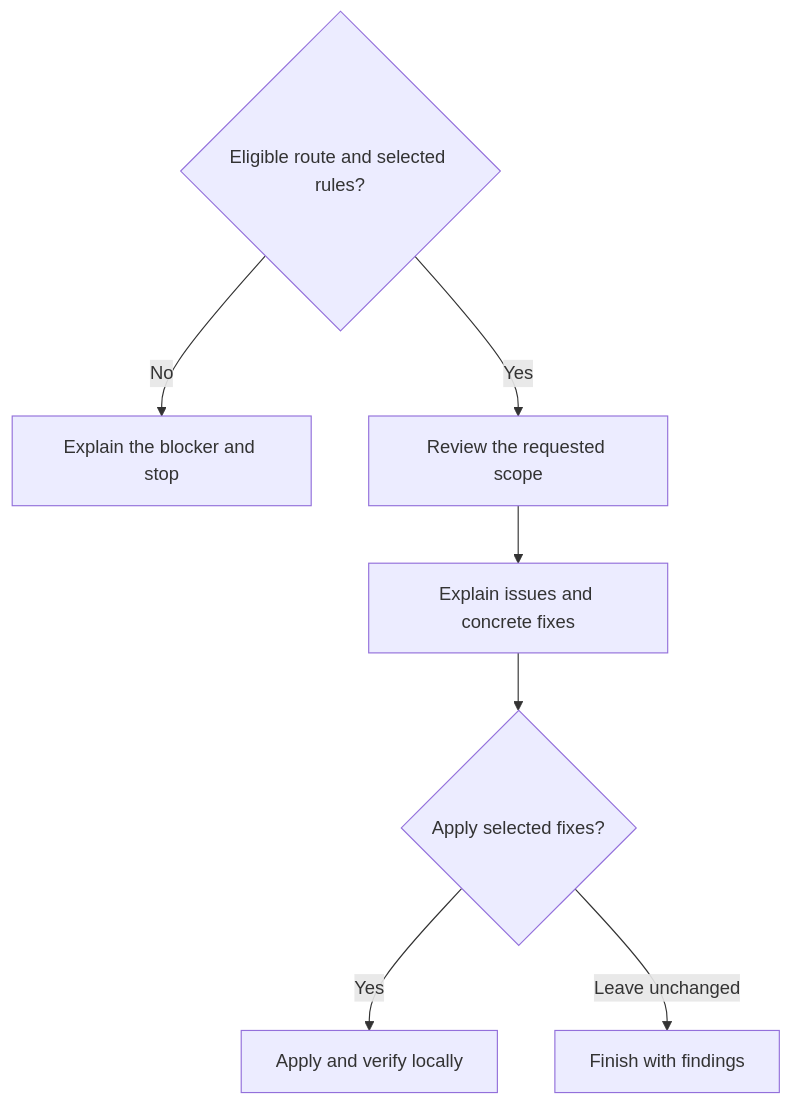
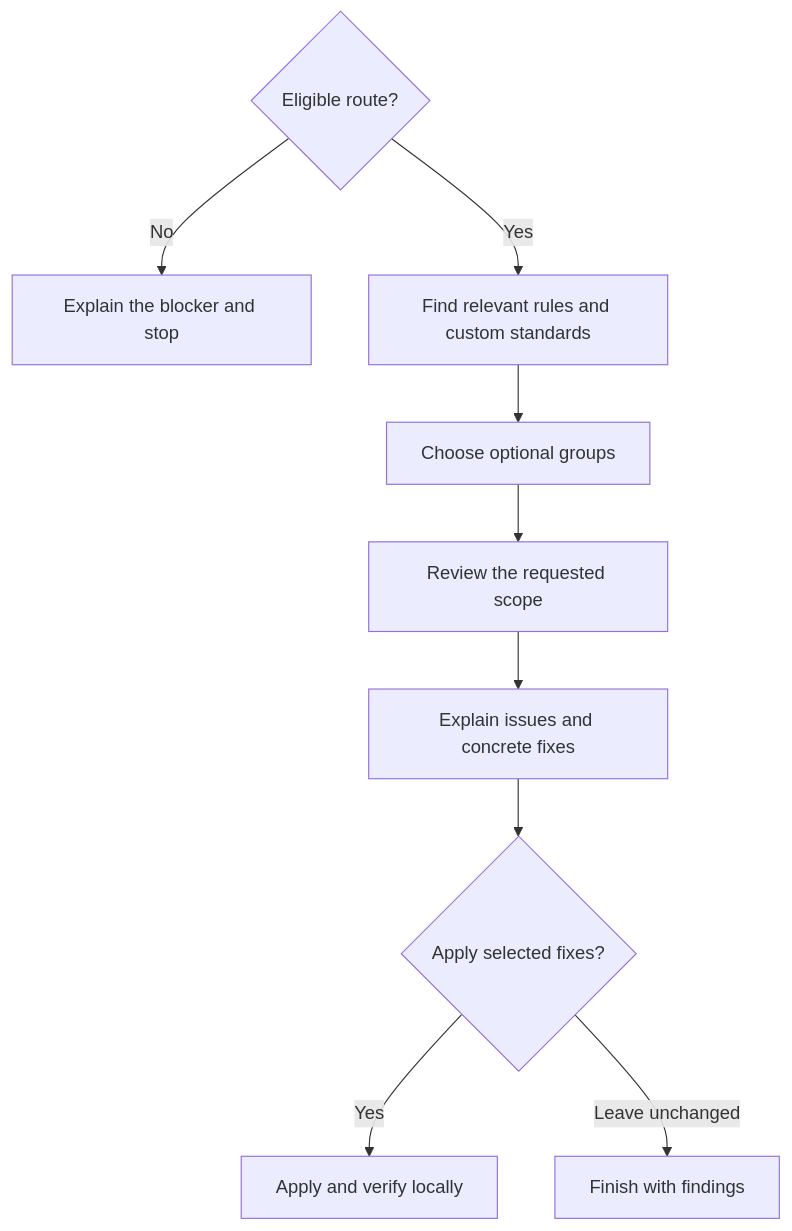
Before and after one commit to myowinthein/agent-helm: the diagram in docs/commands/polish.md, drawn with Mermaid. The commit also changed other lines of this file and 3 other files, not shown here.

Commit message:
feat(polish): discover custom standards with grouped choices

````diff
--- a/docs/commands/polish.md
+++ b/docs/commands/polish.md
@@ -17,9 +17,11 @@
 ```mermaid
 flowchart TD
-  Ready{"Eligible route and selected rules?"} -->|No| Stop["Explain the blocker and stop"]
-  Ready -->|Yes| Review["Review the requested scope"]
+  Ready{"Eligible route?"} -->|No| Stop["Explain the blocker and stop"]
+  Ready -->|Yes| Discover["Find relevant rules and custom standards"]
+  Discover --> Select["Choose optional groups"]
+  Select --> Review["Review the requested scope"]
   Review --> Findings["Explain issues and concrete fixes"]
   Findings --> Choice{"Apply selected fixes?"}
   Choice -->|Yes| Apply["Apply and verify locally"]
   Choice -->|Leave unchanged| Finish["Finish with findings"]
 ```
````
